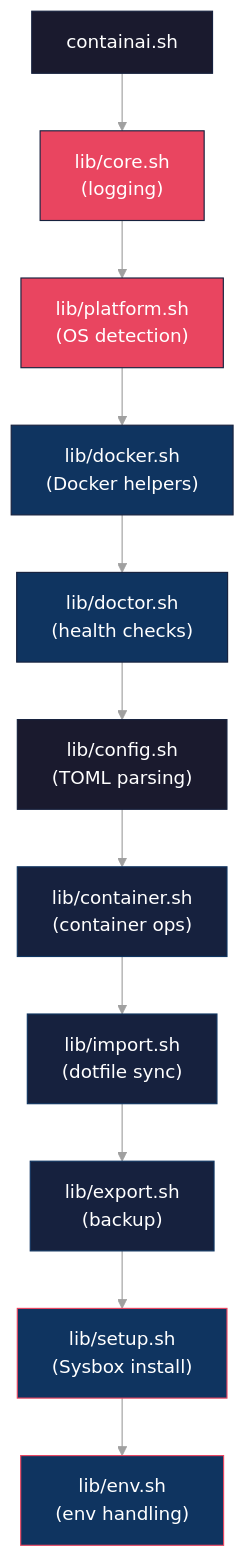
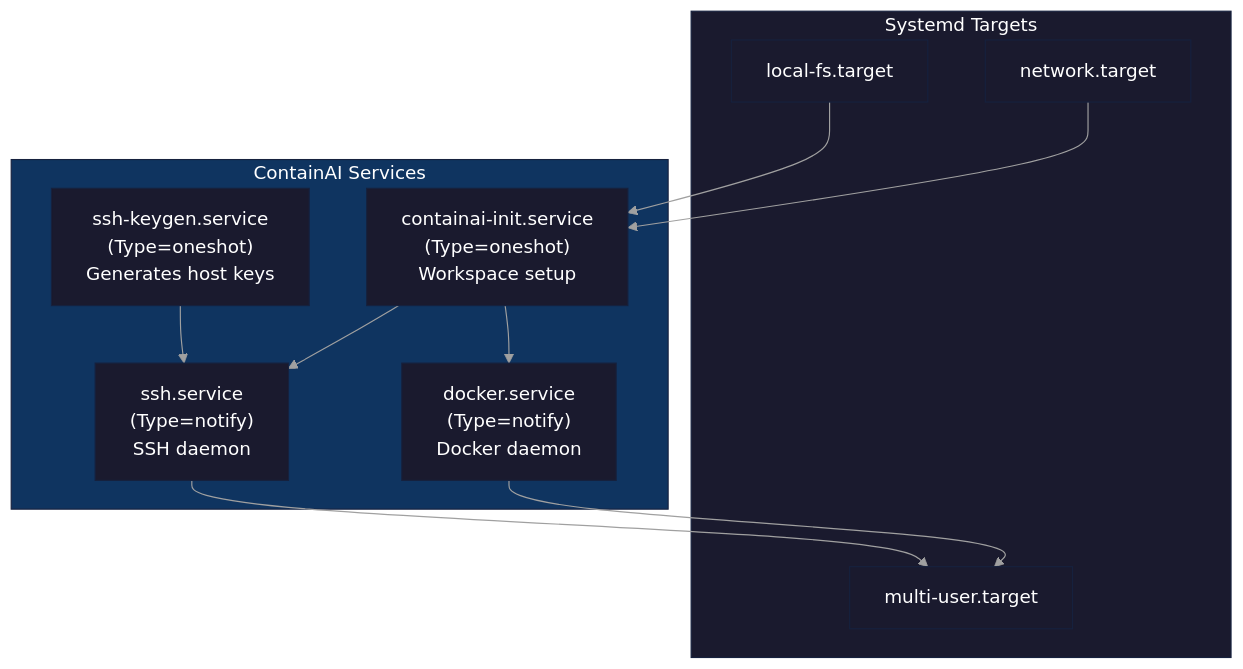
One commit to novotnyllc/ContainAI changed the fifth of 11 diagrams in docs/architecture.md. Above: the diagram before and after it, drawn with Mermaid. The commit also changed other lines of this file, not shown here.

First line of the commit message:
docs(architecture): rewrite with system container architecture

````diff
--- a/docs/architecture.md
+++ b/docs/architecture.md
@@ -127,35 +300,37 @@
 ```mermaid
 %%{init: {'theme': 'base', 'themeVariables': {
   'primaryColor': '#1a1a2e',
   'primaryTextColor': '#ffffff',
   'primaryBorderColor': '#16213e',
   'secondaryColor': '#0f3460',
   'tertiaryColor': '#1a1a2e',
   'lineColor': '#a0a0a0',
   'textColor': '#ffffff',
   'background': '#0d1117'
 }}}%%
 flowchart TD
-    Main["containai.sh"] --> Core["lib/core.sh<br/>(logging)"]
-    Core --> Platform["lib/platform.sh<br/>(OS detection)"]
-    Platform --> Docker["lib/docker.sh<br/>(Docker helpers)"]
-    Docker --> Doctor["lib/doctor.sh<br/>(health checks)"]
-    Doctor --> Config["lib/config.sh<br/>(TOML parsing)"]
-    Config --> Container["lib/container.sh<br/>(container ops)"]
-    Container --> Import["lib/import.sh<br/>(dotfile sync)"]
-    Import --> Export["lib/export.sh<br/>(backup)"]
-    Export --> Setup["lib/setup.sh<br/>(Sysbox install)"]
-    Setup --> Env["lib/env.sh<br/>(env handling)"]
+    subgraph Targets["Systemd Targets"]
+        LocalFS["local-fs.target"]
+        Network["network.target"]
+        MultiUser["multi-user.target"]
+    end
 
-    style Main fill:#1a1a2e,stroke:#16213e,color:#fff
-    style Core fill:#e94560,stroke:#16213e,color:#fff
-    style Platform fill:#e94560,stroke:#16213e,color:#fff
-    style Docker fill:#0f3460,stroke:#16213e,color:#fff
-    style Doctor fill:#0f3460,stroke:#16213e,color:#fff
-    style Config fill:#1a1a2e,stroke:#16213e,color:#fff
-    style Container fill:#16213e,stroke:#0f3460,color:#fff
-    style Import fill:#16213e,stroke:#0f3460,color:#fff
-    style Export fill:#16213e,stroke:#0f3460,color:#fff
-    style Setup fill:#0f3460,stroke:#e94560,color:#fff
-    style Env fill:#0f3460,stroke:#e94560,color:#fff
+    subgraph Services["ContainAI Services"]
+        SSHKeygen["ssh-keygen.service<br/>(Type=oneshot)<br/>Generates host keys"]
+        SSH["ssh.service<br/>(Type=notify)<br/>SSH daemon"]
+        DockerSvc["docker.service<br/>(Type=notify)<br/>Docker daemon"]
+        Init["containai-init.service<br/>(Type=oneshot)<br/>Workspace setup"]
+    end
+
+    LocalFS --> Init
+    Network --> Init
+    Init --> SSH
+    Init --> DockerSvc
+    SSHKeygen --> SSH
+
+    SSH --> MultiUser
+    DockerSvc --> MultiUser
+
+    style Targets fill:#1a1a2e,stroke:#16213e,color:#fff
+    style Services fill:#0f3460,stroke:#16213e,color:#fff
 ```
````
